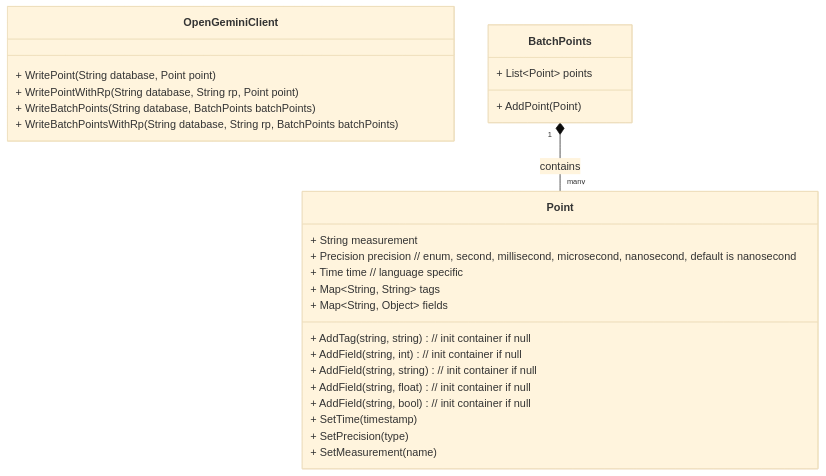
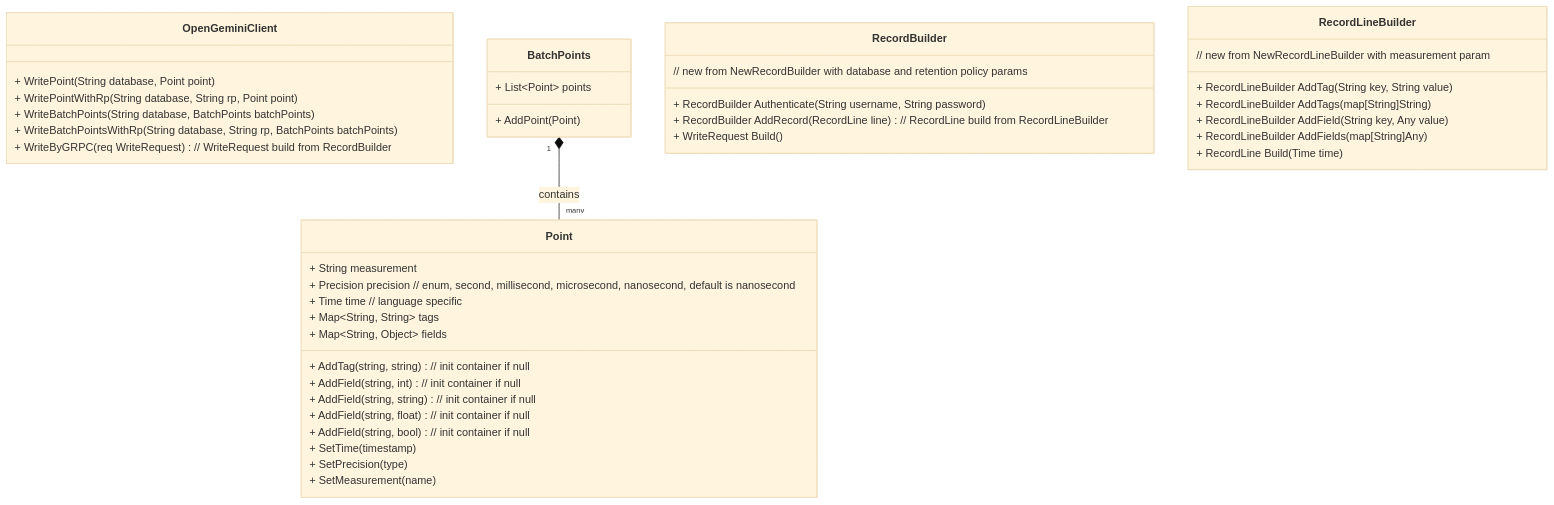
One commit to openGemini/openGemini.github.io changed the third of 9 diagrams in src/zh/guide/develop/client_design.md. Above: the diagram before and after it, drawn with Mermaid (base theme). The commit also changed other lines of this file and 1 other file, not shown here.

Commit message:
docs: design new write protocol api

````diff
--- a/src/zh/guide/develop/client_design.md
+++ b/src/zh/guide/develop/client_design.md
@@ -145,31 +155,46 @@
 ```mermaid
 classDiagram
     class OpenGeminiClient {
         + WritePoint(String database, Point point)
         + WritePointWithRp(String database, String rp, Point point)
         + WriteBatchPoints(String database, BatchPoints batchPoints)
         + WriteBatchPointsWithRp(String database, String rp, BatchPoints batchPoints)
+        + WriteByGRPC(req WriteRequest) // WriteRequest build from RecordBuilder
     }
     class BatchPoints {
         + List~Point~ points
         + AddPoint(Point)
     }
 
     class Point {
         + String measurement
         + Precision precision // enum, second, millisecond, microsecond, nanosecond, default is nanosecond
         + Time time // language specific
         + Map~String, String~ tags
         + Map~String, Object~ fields
         + AddTag(string, string) // init container if null
         + AddField(string, int) // init container if null
         + AddField(string, string) // init container if null
         + AddField(string, float) // init container if null
         + AddField(string, bool) // init container if null
         + SetTime(timestamp)
         + SetPrecision(type)
         + SetMeasurement(name)
     }
 
+    class RecordBuilder {   // new from NewRecordBuilder with database and retention policy params
+        + RecordBuilder Authenticate(String username, String password)
+        + RecordBuilder AddRecord(RecordLine line) // RecordLine build from RecordLineBuilder
+        + WriteRequest Build()
+    }
+
+    class RecordLineBuilder {   // new from NewRecordLineBuilder with measurement param
+        + RecordLineBuilder AddTag(String key, String value)
+        + RecordLineBuilder AddTags(map[String]String)
+        + RecordLineBuilder AddField(String key, Any value)
+        + RecordLineBuilder AddFields(map[String]Any)
+        + RecordLine Build(Time time)
+    }
+
     BatchPoints "1" *-- "many" Point: contains
 ```
````
